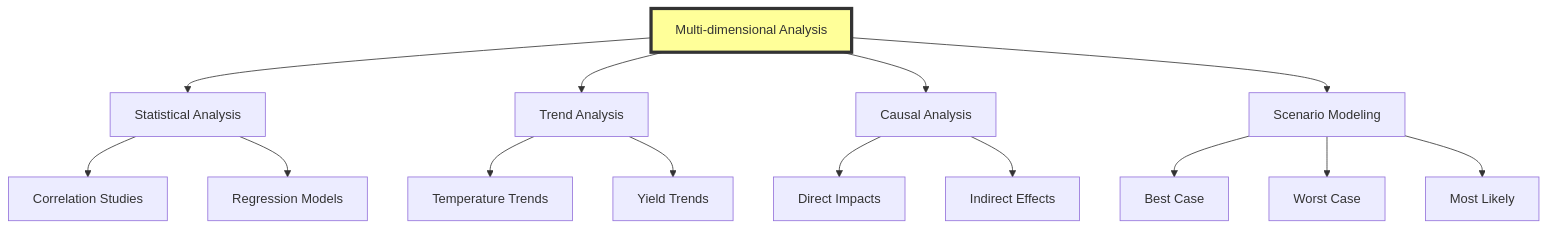
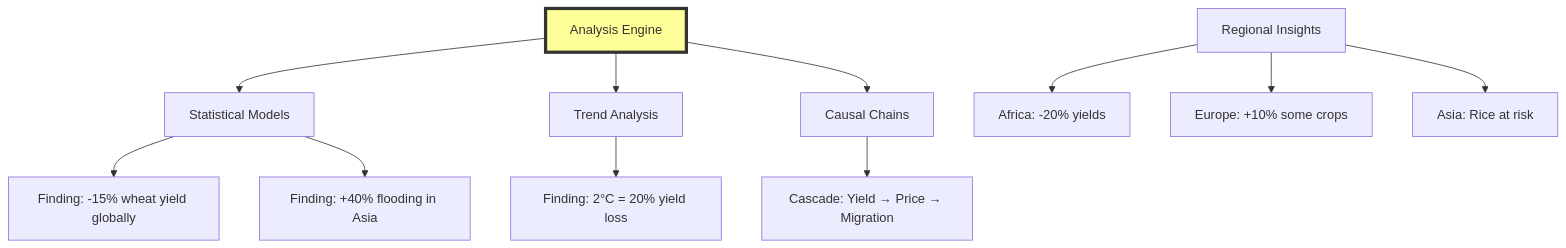
Before and after one commit to nikspatel007/workshop-agents: the fourth of 7 diagrams in reading_materials/DEEP_RESEARCH_AGENT_THOUGHT_EXPERIMENT.md, drawn with Mermaid. The commit also changed other lines of this file, not shown here.

````diff
--- a/reading_materials/DEEP_RESEARCH_AGENT_THOUGHT_EXPERIMENT.md
+++ b/reading_materials/DEEP_RESEARCH_AGENT_THOUGHT_EXPERIMENT.md
@@ -246,22 +116,17 @@
 ```mermaid
 graph TD
-    A[Multi-dimensional Analysis] --> B[Statistical Analysis]
+    A[Analysis Engine] --> B[Statistical Models]
     A --> C[Trend Analysis]
-    A --> D[Causal Analysis]
-    A --> E[Scenario Modeling]
+    A --> D[Causal Chains]
     
-    B --> F[Correlation Studies]
-    B --> G[Regression Models]
+    B --> E[Finding: -15% wheat yield globally]
+    B --> F[Finding: +40% flooding in Asia]
+    C --> G[Finding: 2°C = 20% yield loss]
+    D --> H[Cascade: Yield → Price → Migration]
     
-    C --> H[Temperature Trends]
-    C --> I[Yield Trends]
-    
-    D --> J[Direct Impacts]
-    D --> K[Indirect Effects]
-    
-    E --> L[Best Case]
-    E --> M[Worst Case]
-    E --> N[Most Likely]
+    I[Regional Insights] --> J[Africa: -20% yields]
+    I --> K[Europe: +10% some crops]
+    I --> L[Asia: Rice at risk]
     
     style A fill:#ff9,stroke:#333,stroke-width:4px
 ```
````
